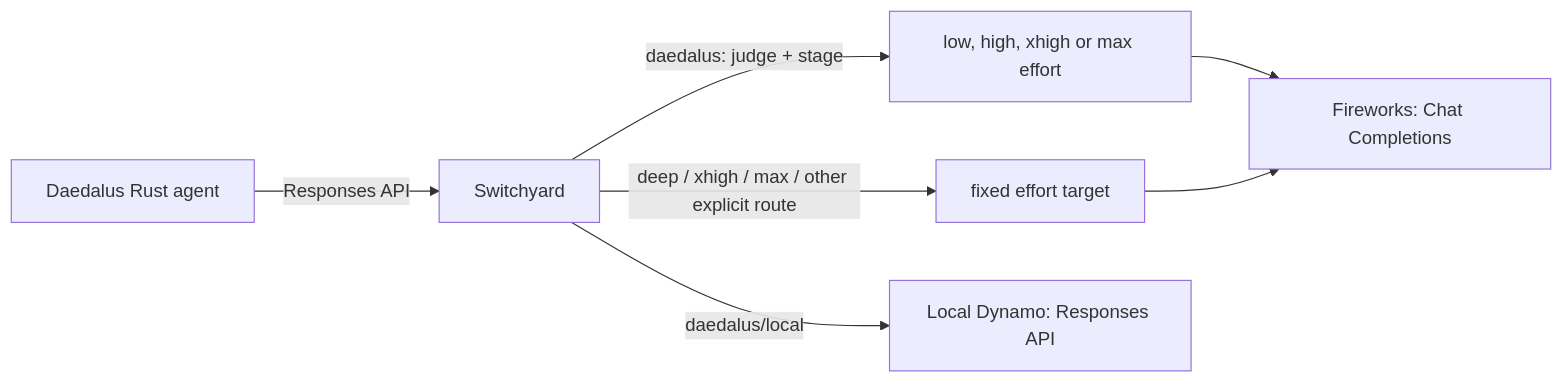
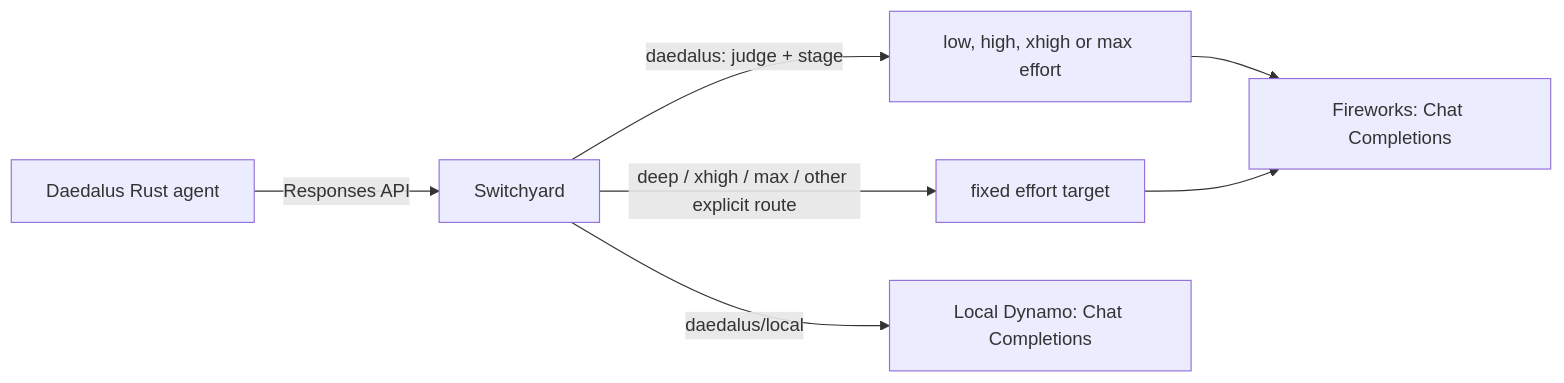
The diagram in README.md (tuttlebr/daedalus-switchyard), drawn with Mermaid before and after one commit. The commit also changed other lines of this file and 13 other files, not shown here.

````diff
--- a/README.md
+++ b/README.md
@@ -45,9 +45,9 @@
 ```mermaid
 flowchart LR
   A[Daedalus Rust agent] -->|Responses API| B[Switchyard]
   B -->|daedalus: judge + stage| C[low, high, xhigh or max effort]
   B -->|deep / xhigh / max / other explicit route| D[fixed effort target]
   C --> E[Fireworks: Chat Completions]
   D --> E
-  B -->|daedalus/local| F[Local Dynamo: Responses API]
+  B -->|daedalus/local| F[Local Dynamo: Chat Completions]
 ```
````
